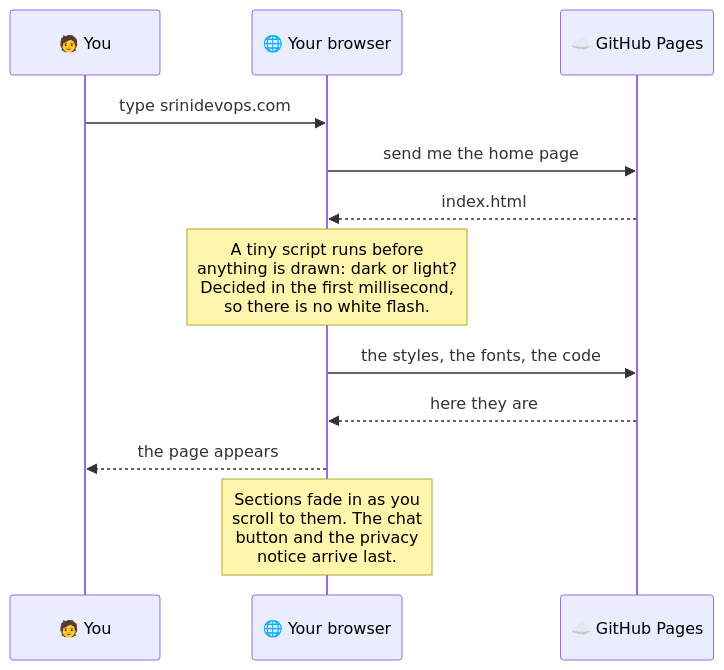
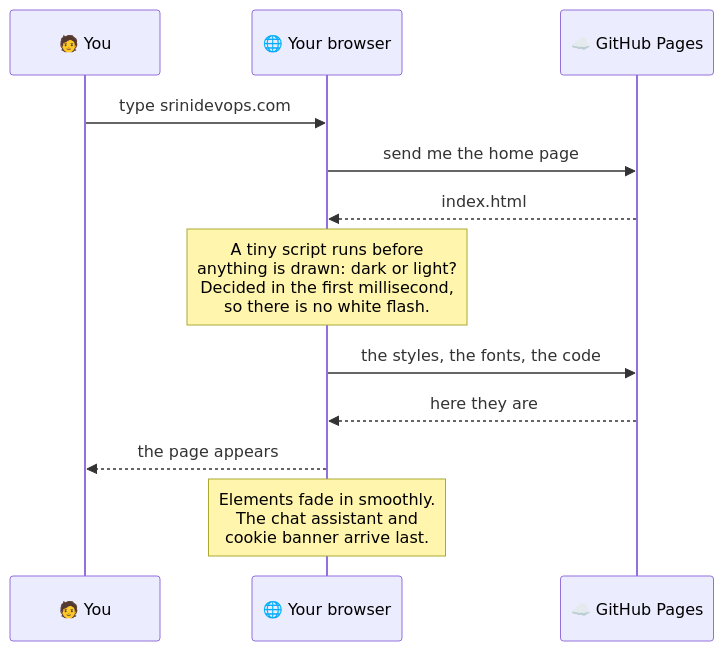
Before and after one commit to Srinivasan-78/srinivasan-78.github.io: the fourth of 8 diagrams in README.md, drawn with Mermaid. The commit also changed other lines of this file, not shown here.

Commit message:
Update README.md to reflect enhanced portfolio details and clarify project architecture

````diff
--- a/README.md
+++ b/README.md
@@ -164,15 +165,15 @@
 ```mermaid
 sequenceDiagram
     participant You as 🧑 You
     participant B as 🌐 Your browser
     participant GH as ☁️ GitHub Pages
 
     You->>B: type srinidevops.com
     B->>GH: send me the home page
     GH-->>B: index.html
     Note over B: A tiny script runs before<br/>anything is drawn: dark or light?<br/>Decided in the first millisecond,<br/>so there is no white flash.
     B->>GH: the styles, the fonts, the code
     GH-->>B: here they are
     B-->>You: the page appears
-    Note over B: Sections fade in as you<br/>scroll to them. The chat<br/>button and the privacy<br/>notice arrive last.
+    Note over B: Elements fade in smoothly.<br/>The chat assistant and<br/>cookie banner arrive last.
 ```
````
